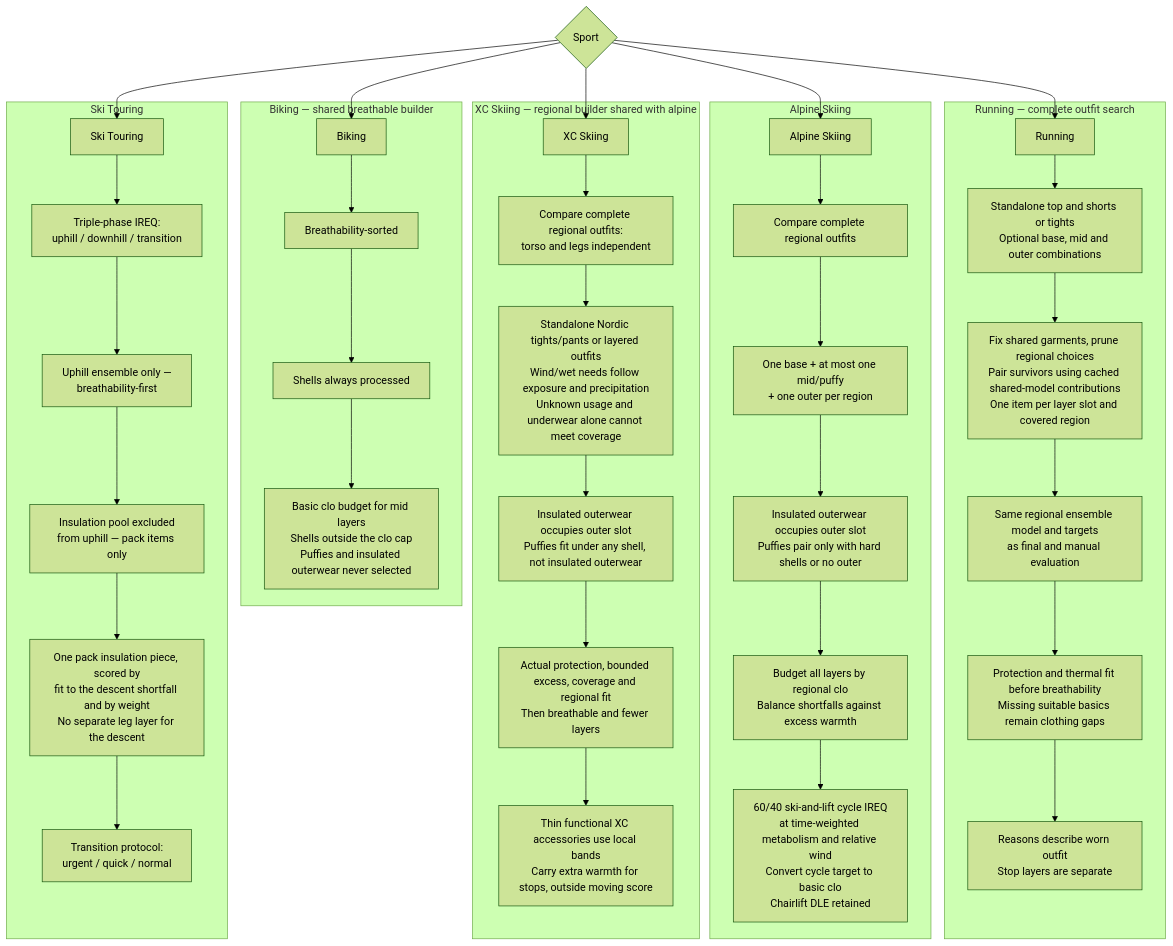
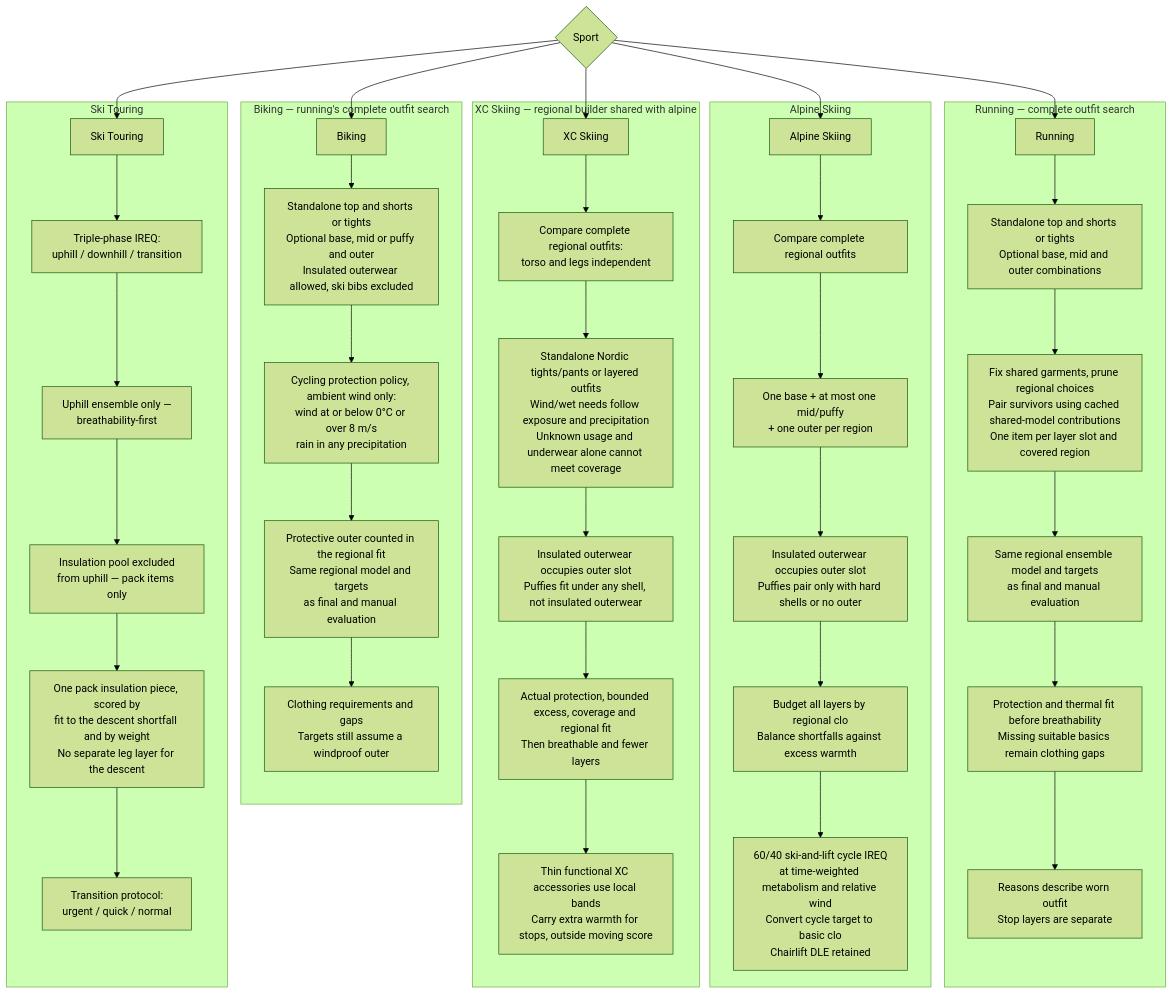
One commit to derobertsw/swttr changed the fourth of 7 diagrams in README.md. Above: the diagram before and after it, drawn with Mermaid (forest theme). The commit also changed other lines of this file and 12 other files, not shown here.

First line of the commit message:
Select complete cycling outfits that pass the shared comfort check (#371) (#395)

````diff
--- a/README.md
+++ b/README.md
@@ -190,46 +192,47 @@
 ```mermaid
 graph TD
     SPORT{Sport} --> RUN[Running]
     SPORT --> BIKE[Biking]
     SPORT --> ALP[Alpine Skiing]
     SPORT --> XC[XC Skiing]
     SPORT --> TOUR[Ski Touring]
 
     subgraph "Running — complete outfit search"
         RUN --> R1[Standalone top and shorts or tights<br/>Optional base, mid and outer combinations]
         R1 --> R2[Fix shared garments, prune regional choices<br/>Pair survivors using cached shared-model contributions<br/>One item per layer slot and covered region]
         R2 --> R3[Same regional ensemble model and targets<br/>as final and manual evaluation]
         R3 --> R4[Protection and thermal fit before breathability<br/>Missing suitable basics remain clothing gaps]
         R4 --> R5[Reasons describe worn outfit<br/>Stop layers are separate]
     end
 
-    subgraph "Biking — shared breathable builder"
-        BIKE --> B1[Breathability-sorted]
-        B1 --> B2[Shells always processed]
-        B2 --> B3[Basic clo budget for mid layers<br/>Shells outside the clo cap<br/>Puffies and insulated outerwear never selected]
+    subgraph "Biking — running's complete outfit search"
+        BIKE --> B1[Standalone top and shorts or tights<br/>Optional base, mid or puffy and outer<br/>Insulated outerwear allowed, ski bibs excluded]
+        B1 --> B2[Cycling protection policy, ambient wind only:<br/>wind at or below 0°C or over 8 m/s<br/>rain in any precipitation]
+        B2 --> B3[Protective outer counted in the regional fit<br/>Same regional model and targets<br/>as final and manual evaluation]
+        B3 --> B4[Clothing requirements and gaps<br/>Targets still assume a windproof outer]
     end
 
     subgraph "Alpine Skiing"
         ALP --> A1[Compare complete regional outfits]
         A1 --> A2[One base + at most one mid/puffy<br/>+ one outer per region]
         A2 --> A3[Insulated outerwear occupies outer slot<br/>Puffies pair only with hard shells or no outer]
         A3 --> A4[Budget all layers by regional clo<br/>Balance shortfalls against excess warmth]
         A4 --> A5[60/40 ski-and-lift cycle IREQ<br/>at time-weighted metabolism and relative wind<br/>Convert cycle target to basic clo<br/>Chairlift DLE retained]
     end
 
     subgraph "XC Skiing — regional builder shared with alpine"
         XC --> X1[Compare complete regional outfits:<br/>torso and legs independent]
         X1 --> X2[Standalone Nordic tights/pants or layered outfits<br/>Wind/wet needs follow exposure and precipitation<br/>Unknown usage and underwear alone cannot meet coverage]
         X2 --> X3[Insulated outerwear occupies outer slot<br/>Puffies fit under any shell, not insulated outerwear]
         X3 --> X4[Actual protection, bounded excess, coverage and regional fit<br/>Then breathable and fewer layers]
         X4 --> X5[Thin functional XC accessories use local bands<br/>Carry extra warmth for stops, outside moving score]
     end
 
     subgraph "Ski Touring"
         TOUR --> T1a[Triple-phase IREQ:<br/>uphill / downhill / transition]
         T1a --> T2a[Uphill ensemble only —<br/>breathability-first]
         T2a --> T3a[Insulation pool excluded<br/>from uphill — pack items only]
         T3a --> T4a[One pack insulation piece, scored by<br/>fit to the descent shortfall and by weight<br/>No separate leg layer for the descent]
         T4a --> T5a[Transition protocol:<br/>urgent / quick / normal]
     end
 ```
````
